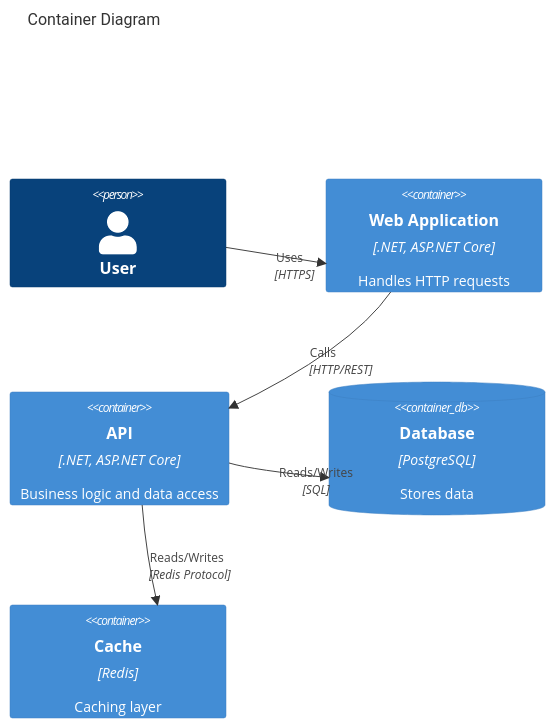
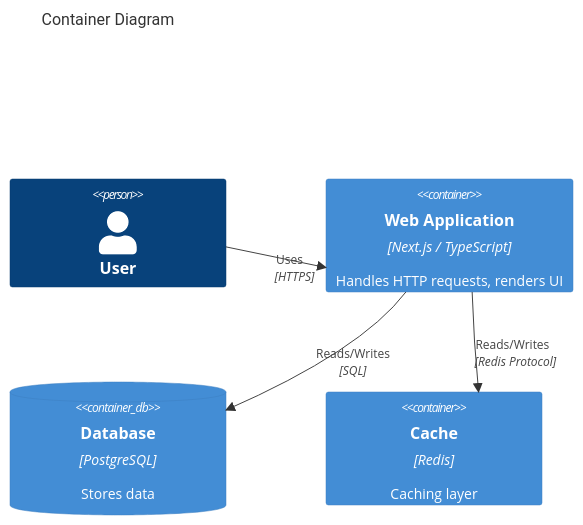
The second of 5 diagrams in .github/skills/arc42-documentation/templates/arc42-template.md (StanislavMakhrov/application), drawn with Mermaid before and after one commit. The commit also changed other lines of this file and 3 other files, not shown here.

````diff
--- a/.github/skills/arc42-documentation/templates/arc42-template.md
+++ b/.github/skills/arc42-documentation/templates/arc42-template.md
@@ -148,16 +147,14 @@
 ```mermaid
 C4Container
     title Container Diagram
     
     Person(user, "User")
     
-    Container(web, "Web Application", ".NET, ASP.NET Core", "Handles HTTP requests")
-    Container(api, "API", ".NET, ASP.NET Core", "Business logic and data access")
+    Container(web, "Web Application", "Next.js / TypeScript", "Handles HTTP requests, renders UI")
     ContainerDb(db, "Database", "PostgreSQL", "Stores data")
     Container(cache, "Cache", "Redis", "Caching layer")
     
     Rel(user, web, "Uses", "HTTPS")
-    Rel(web, api, "Calls", "HTTP/REST")
-    Rel(api, db, "Reads/Writes", "SQL")
-    Rel(api, cache, "Reads/Writes", "Redis Protocol")
+    Rel(web, db, "Reads/Writes", "SQL")
+    Rel(web, cache, "Reads/Writes", "Redis Protocol")
 ```
````
